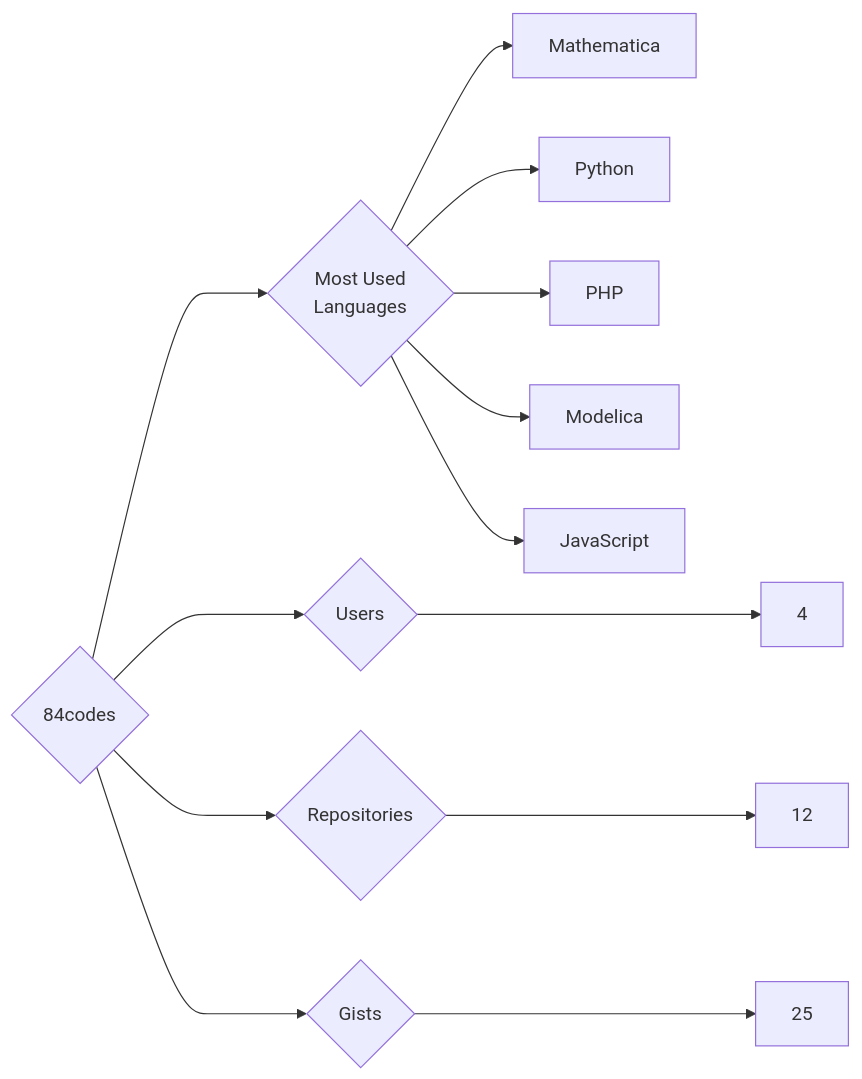
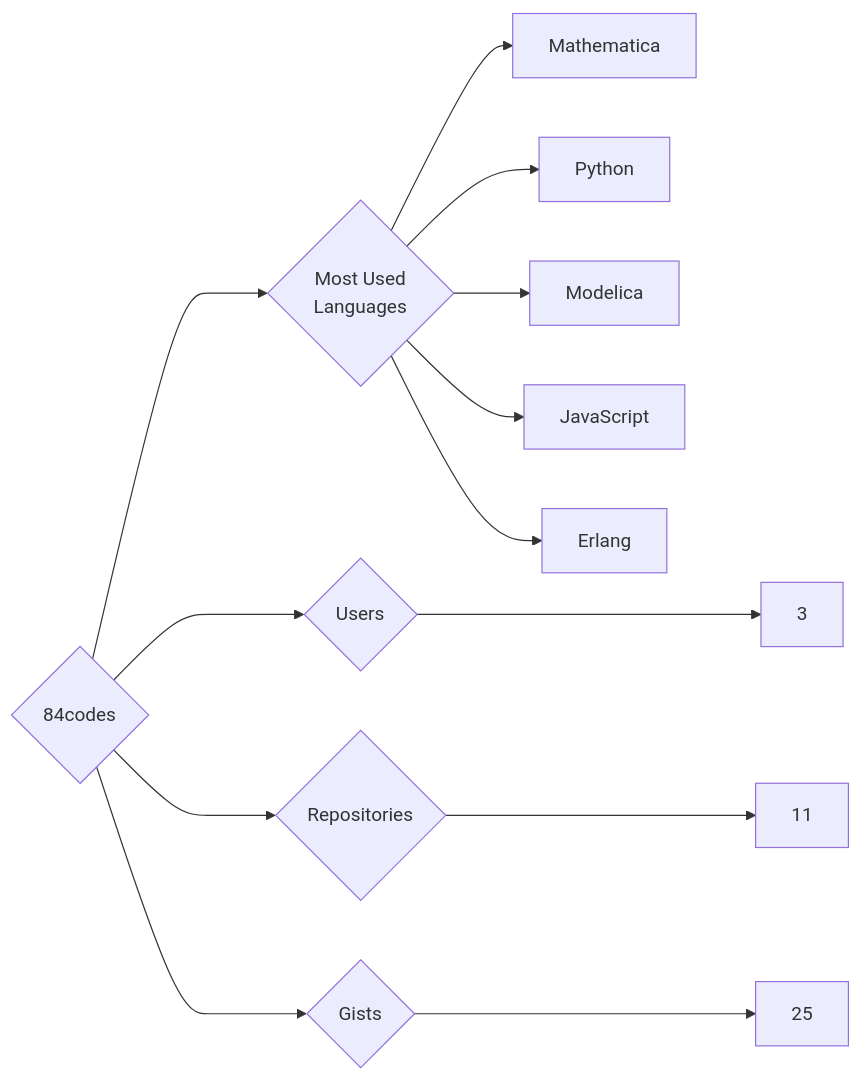
The diagram in targets/84codes/README.md (trickest/insiders), drawn with Mermaid before and after one commit. The commit also changed 1007 other files, not shown here.

````diff
--- a/targets/84codes/README.md
+++ b/targets/84codes/README.md
@@ -3,13 +3,13 @@
 ```mermaid
 graph LR
 COMPANY_NAME{84codes}
-COMPANY_NAME ---> U{Users} ---> UN[4]
-COMPANY_NAME ---> R{Repositories} ---> RN[12]
+COMPANY_NAME ---> U{Users} ---> UN[3]
+COMPANY_NAME ---> R{Repositories} ---> RN[11]
 COMPANY_NAME ---> G{Gists} ---> GN[25]
 COMPANY_NAME ---> ML{Most Used<br>Languages}
 ML --> Mathematica[Mathematica]
 ML --> Python[Python]
-ML --> PHP[PHP]
 ML --> Modelica[Modelica]
 ML --> JavaScript[JavaScript]
+ML --> Erlang[Erlang]
 ```
````
